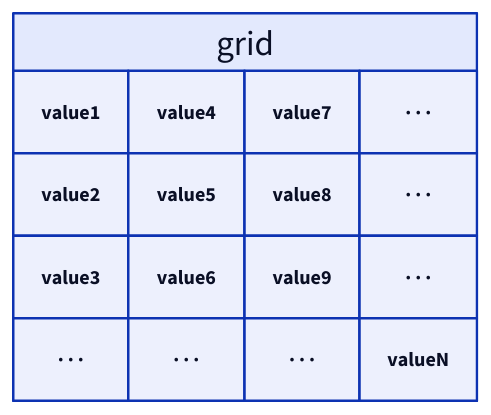
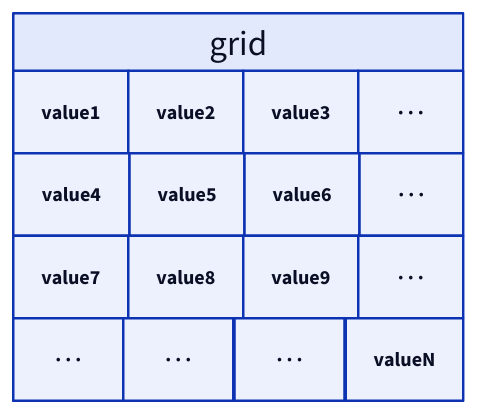
Before and after one commit to ani2fun/codefolio: the eighth of 50 diagrams in content/cortex/data-structures-and-algorithms/01-data-structures/01-arrays/02-multidimensional.md, drawn with D2. The commit also changed other lines of this file and 352 other files, not shown here.

First line of the commit message:
Architectural deepening: pipelines, content, icons, AsyncResult

````diff
--- a/content/cortex/data-structures-and-algorithms/01-data-structures/01-arrays/02-multidimensional.md
+++ b/content/cortex/data-structures-and-algorithms/01-data-structures/01-arrays/02-multidimensional.md
@@ -572,22 +549,22 @@
 ```d2
 grid: {
-  grid-columns: 4
+  grid-rows: 4
   grid-gap: 0
   r0c0: value1
   r0c1: value2
   r0c2: value3
   r0c3: "· · ·"
   r1c0: value4
   r1c1: value5
   r1c2: value6
   r1c3: "· · ·"
   r2c0: value7
   r2c1: value8
   r2c2: value9
   r2c3: "· · ·"
   r3c0: "· · ·"
   r3c1: "· · ·"
   r3c2: "· · ·"
   r3c3: valueN
 }
 ```
````
